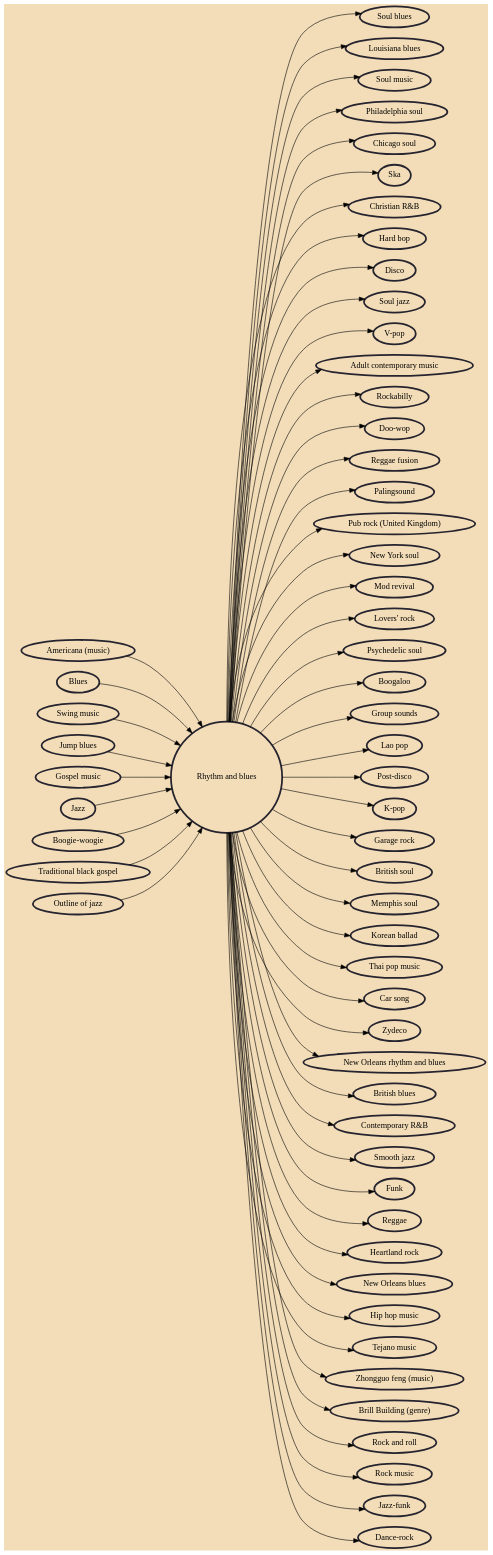
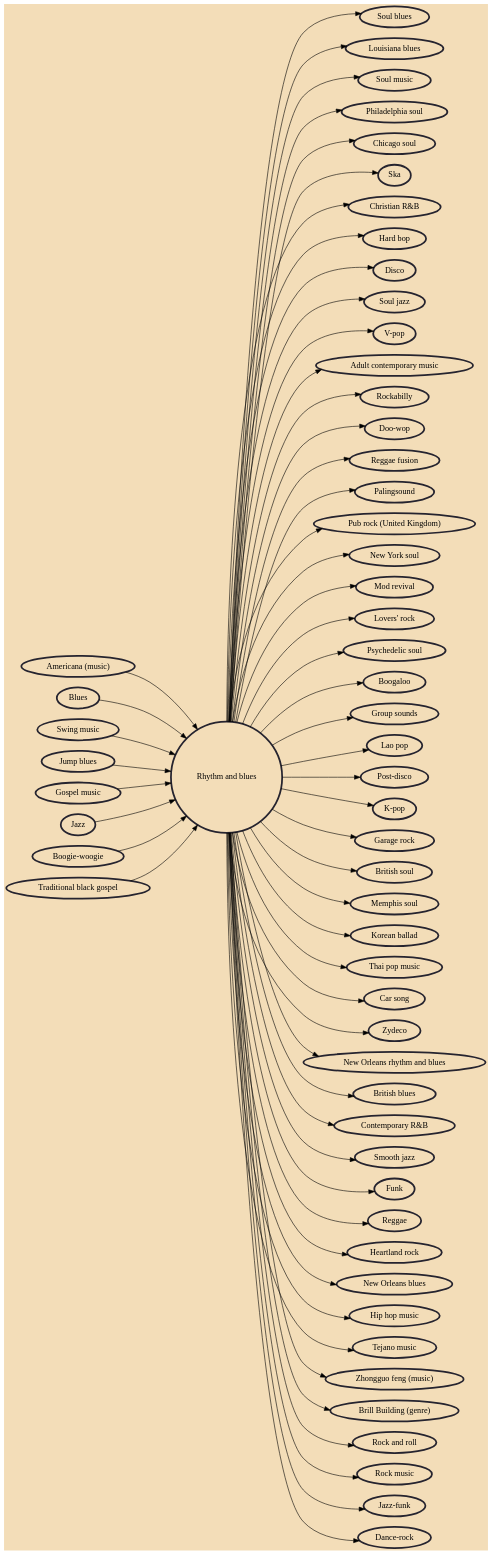
One commit to avengerpenguin/musicgenres changed the diagram in Music/Rhythm and blues.md. Above: the diagram before and after it, drawn with Graphviz. The commit also changed other lines of this file and 9 other files, not shown here.

Commit message:
Remove anomaly with Outline of jazz page

```diff
--- a/Music/Rhythm and blues.md
+++ b/Music/Rhythm and blues.md
@@ -24,8 +24,6 @@
 	"Boogie-woogie" -> "Rhythm and blues"
 	"Traditional black gospel" [URL="/traditional-black-gospel/"]
 	"Traditional black gospel" -> "Rhythm and blues"
-	"Outline of jazz" [URL="/outline-of-jazz/"]
-	"Outline of jazz" -> "Rhythm and blues"
 	"Soul blues" [URL="/soul-blues/"]
 	"Rhythm and blues" -> "Soul blues"
 	"Louisiana blues" [URL="/louisiana-blues/"]
```
